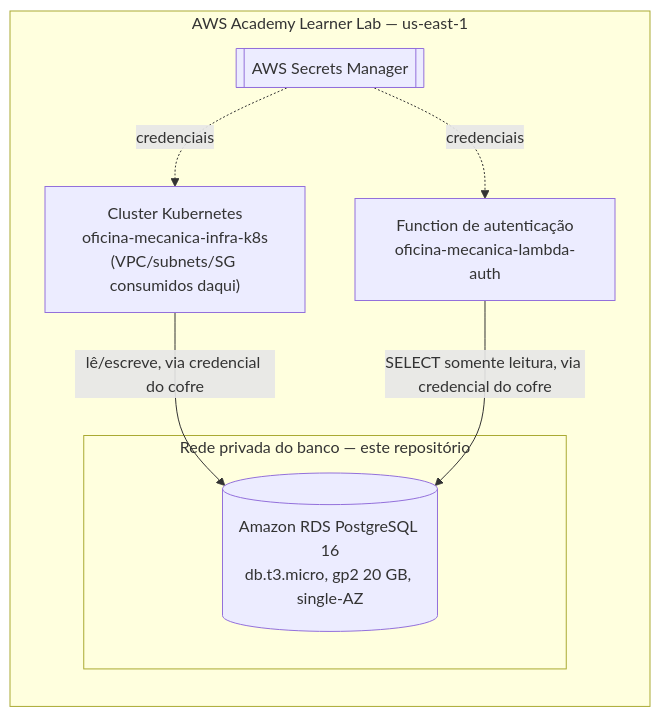
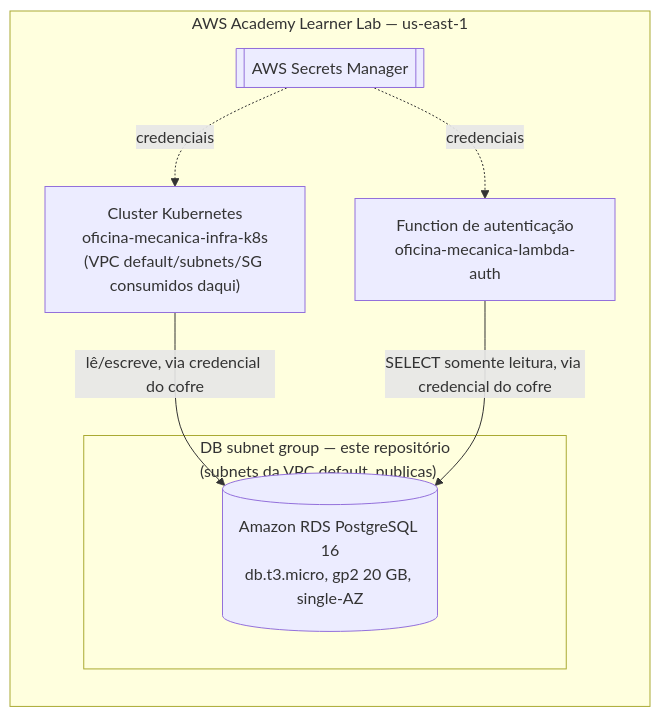
The diagram in README.md (gabrielMauad/oficina-mecanica-infra-db), drawn with Mermaid before and after one commit. The commit also changed other lines of this file, not shown here.

First line of the commit message:
docs: atualiza README para a VPC default consumida de infra-k8s

````diff
--- a/README.md
+++ b/README.md
@@ -46,15 +47,15 @@
 ```mermaid
 flowchart LR
     subgraph Nuvem["AWS Academy Learner Lab — us-east-1"]
-        K8S["Cluster Kubernetes<br/>oficina-mecanica-infra-k8s<br/>(VPC/subnets/SG consumidos daqui)"]
+        K8S["Cluster Kubernetes<br/>oficina-mecanica-infra-k8s<br/>(VPC default/subnets/SG consumidos daqui)"]
         LAMBDA["Function de autenticação<br/>oficina-mecanica-lambda-auth"]
-        subgraph DBNET["Rede privada do banco — este repositório"]
+        subgraph DBNET["DB subnet group — este repositório<br/>(subnets da VPC default, publicas)"]
             DB[("Amazon RDS PostgreSQL 16<br/>db.t3.micro, gp2 20 GB, single-AZ")]
         end
         SECRETS[["AWS Secrets Manager"]]
     end
     K8S -->|lê/escreve, via credencial do cofre| DB
     LAMBDA -->|SELECT somente leitura, via credencial do cofre| DB
     SECRETS -.credenciais.-> K8S
     SECRETS -.credenciais.-> LAMBDA
 ```
````
